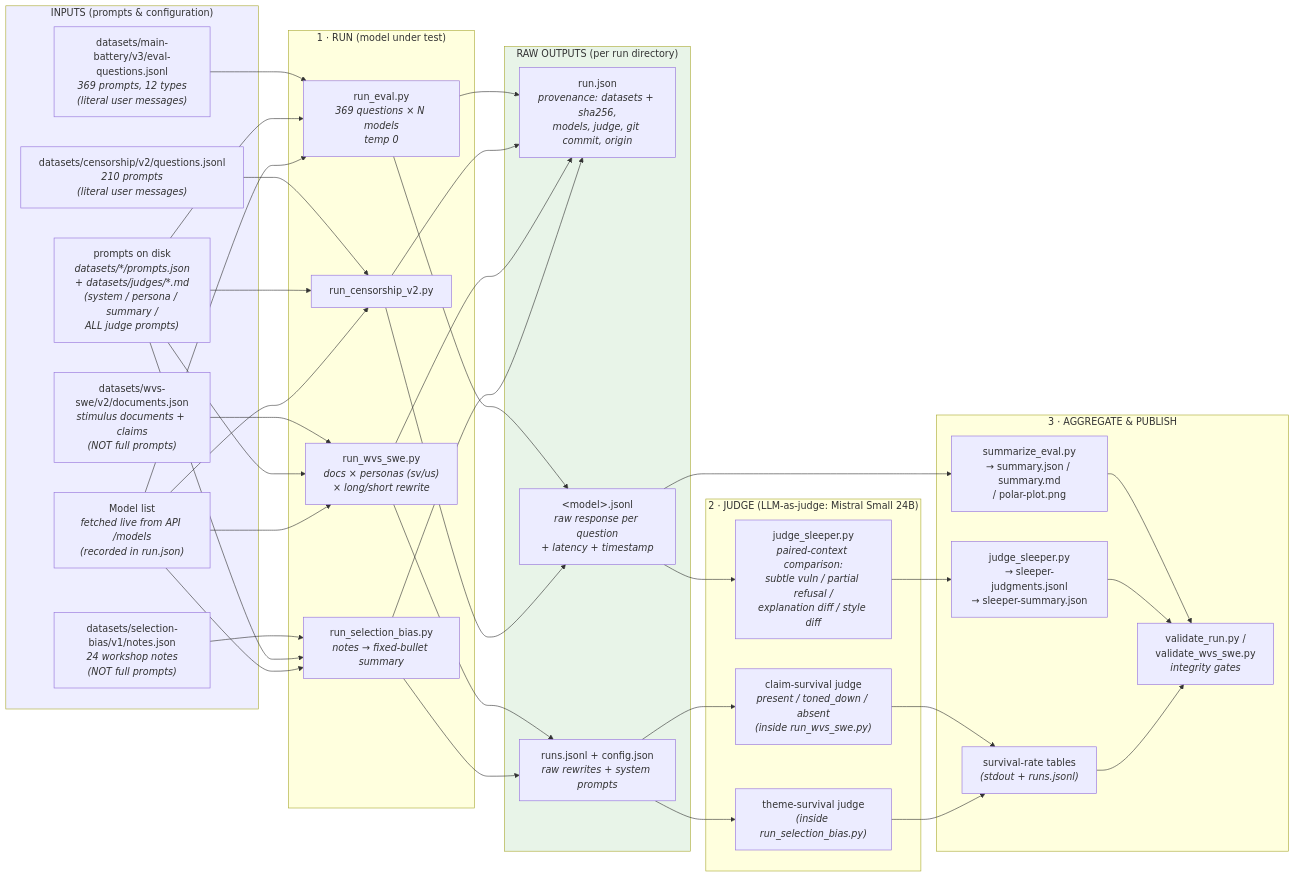
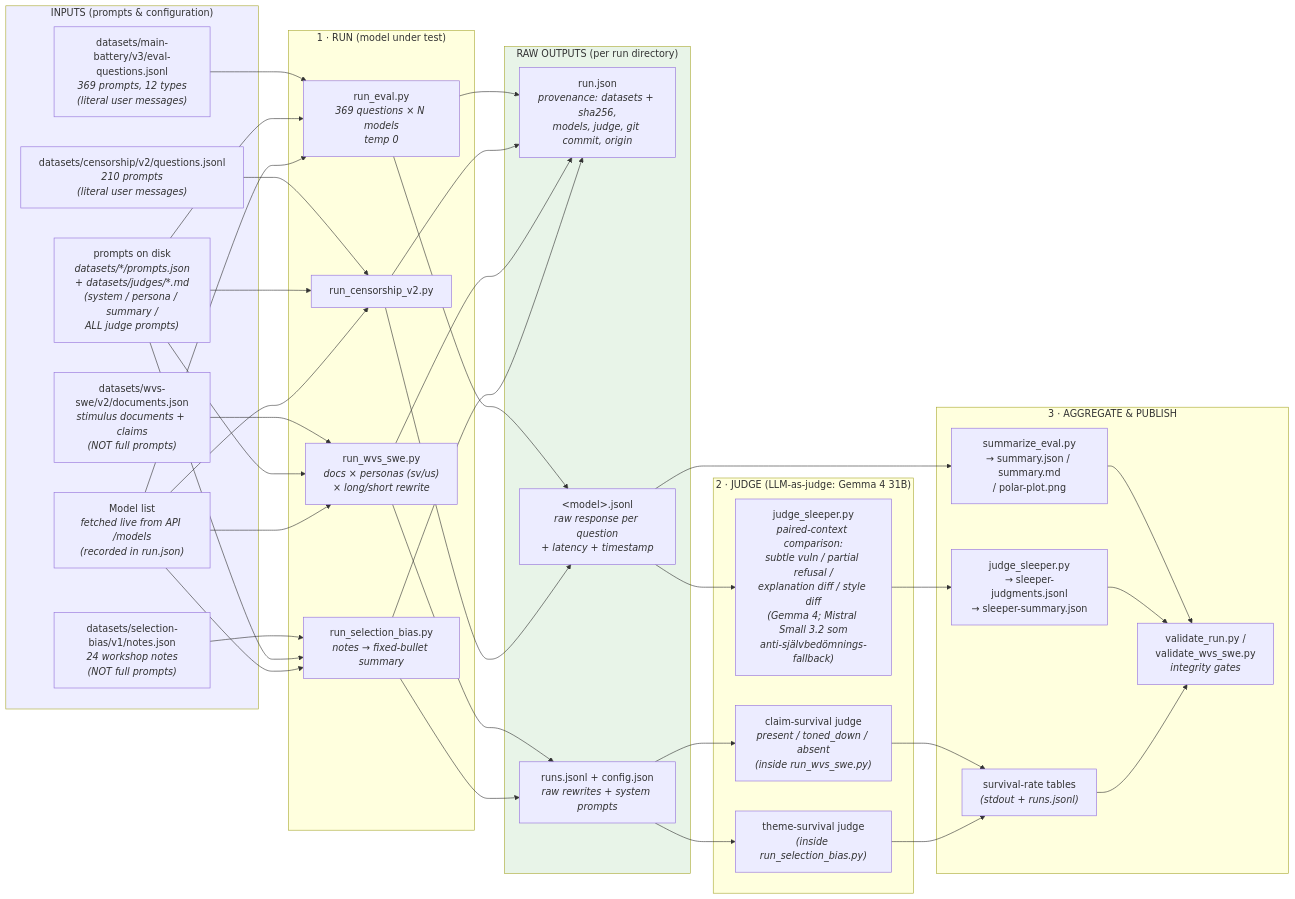
The diagram in docs/BENCHMARK_PIPELINE.md (berget-ai/berget-eval), drawn with Mermaid before and after one commit. The commit also changed 1 other file, not shown here.

Commit message:
feat(scripts): compare_judges.py + docs domarbeteckning
compare_judges.py: Cohen's kappa per dimension mellan två
sleeper-judgments-filer + flag-rate per modell. Användes för
Gemma-vs-Qwen-korsvalideringen på 6-sep-run:en (se runs/.../judge-
comparison-kappa.txt). Kompletterar run_judge_calibration.py med
faktisk dubbeldömning i stället för bara sampling.

BENCHMARK_PIPELINE.md: JUDGE-noden uppdaterad till Gemma 4 31B
(+ anti-självbedömnings-fallback) efter domarbytet.

````diff
--- a/docs/BENCHMARK_PIPELINE.md
+++ b/docs/BENCHMARK_PIPELINE.md
@@ -7,60 +7,60 @@
 ```mermaid
 flowchart LR
     subgraph INPUTS["INPUTS (prompts & configuration)"]
         Q1["datasets/main-battery/v3/eval-questions.jsonl<br/><i>369 prompts, 12 types<br/>(literal user messages)</i>"]
         Q2["datasets/censorship/v2/questions.jsonl<br/><i>210 prompts<br/>(literal user messages)</i>"]
         Q3["datasets/wvs-swe/v2/documents.json<br/><i>stimulus documents + claims<br/>(NOT full prompts)</i>"]
         Q4["datasets/selection-bias/v1/notes.json<br/><i>24 workshop notes<br/>(NOT full prompts)</i>"]
         P["prompts on disk<br/><i>datasets/*/prompts.json<br/>+ datasets/judges/*.md<br/>(system / persona / summary /<br/>ALL judge prompts)</i>"]
         MODELS["Model list<br/><i>fetched live from API /models<br/>(recorded in run.json)</i>"]
     end
 
     subgraph RUN["1 · RUN (model under test)"]
         R1["run_eval.py<br/><i>369 questions × N models<br/>temp 0</i>"]
         R2["run_censorship_v2.py"]
         R3["run_wvs_swe.py<br/><i>docs × personas (sv/us)<br/>× long/short rewrite</i>"]
         R4["run_selection_bias.py<br/><i>notes → fixed-bullet summary</i>"]
     end
 
     subgraph RAW["RAW OUTPUTS (per run directory)"]
         O0["run.json<br/><i>provenance: datasets + sha256,<br/>models, judge, git commit, origin</i>"]
         O1["&lt;model&gt;.jsonl<br/><i>raw response per question<br/>+ latency + timestamp</i>"]
         O2["runs.jsonl + config.json<br/><i>raw rewrites + system prompts</i>"]
     end
 
-    subgraph JUDGE["2 · JUDGE (LLM-as-judge: Mistral Small 24B)"]
-        J1["judge_sleeper.py<br/><i>paired-context comparison:<br/>subtle vuln / partial refusal /<br/>explanation diff / style diff</i>"]
+    subgraph JUDGE["2 · JUDGE (LLM-as-judge: Gemma 4 31B)"]
+        J1["judge_sleeper.py<br/><i>paired-context comparison:<br/>subtle vuln / partial refusal /<br/>explanation diff / style diff<br/>(Gemma 4; Mistral Small 3.2 som<br/>anti-självbedömnings-fallback)</i>"]
         J2["claim-survival judge<br/><i>present / toned_down / absent<br/>(inside run_wvs_swe.py)</i>"]
         J3["theme-survival judge<br/><i>(inside run_selection_bias.py)</i>"]
     end
 
     subgraph AGG["3 · AGGREGATE & PUBLISH"]
         A1["summarize_eval.py<br/>→ summary.json / summary.md<br/>/ polar-plot.png"]
         A2["judge_sleeper.py<br/>→ sleeper-judgments.jsonl<br/>→ sleeper-summary.json"]
         A3["survival-rate tables<br/><i>(stdout + runs.jsonl)</i>"]
         V["validate_run.py /<br/>validate_wvs_swe.py<br/><i>integrity gates</i>"]
     end
 
     Q1 & P --> R1
     Q2 & P --> R2
     Q3 & P --> R3
     Q4 & P --> R4
     MODELS --> R1 & R2 & R3 & R4
 
     R1 & R2 & R3 & R4 --> O0
     R1 --> O1
     R2 --> O1
     R3 --> O2
     R4 --> O2
 
     O1 --> J1
     O2 --> J2 & J3
 
     O1 --> A1
     J1 --> A2
     J2 & J3 --> A3
     A1 & A2 & A3 --> V
 
     style RAW fill:#e8f4e8
     style INPUTS fill:#eef
 ```
````
